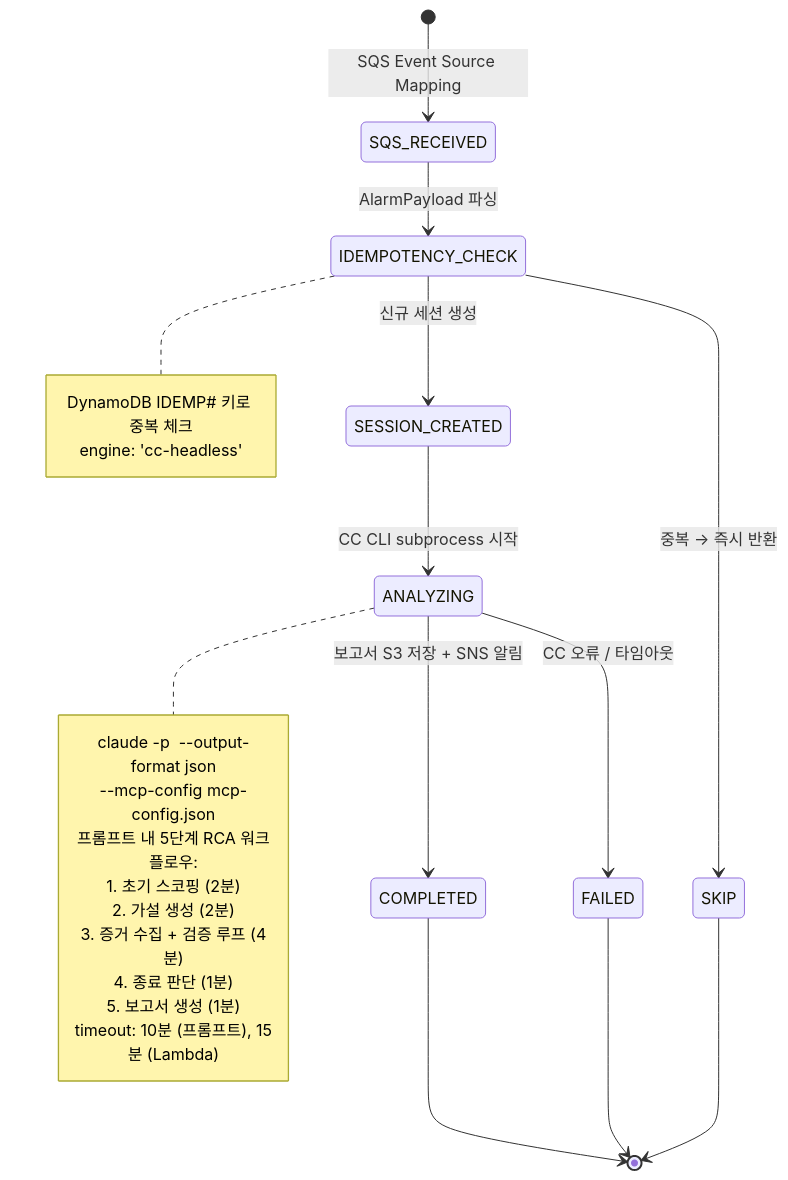
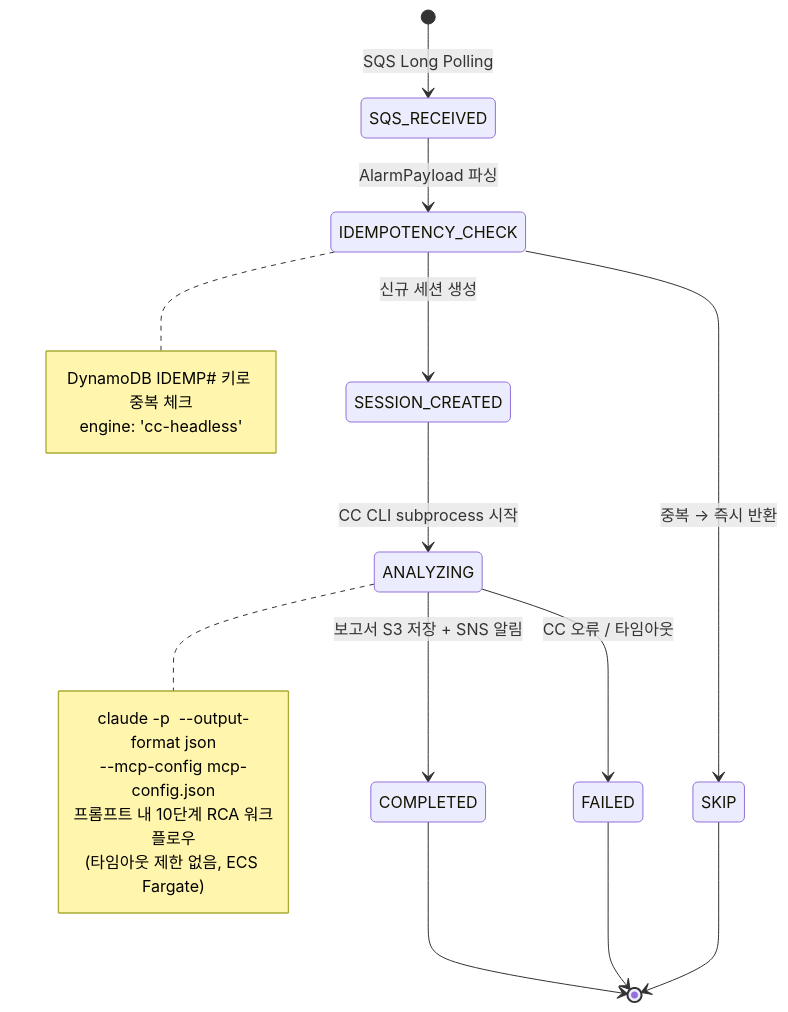
Before and after one commit to haandol/rca-agent: the third of 4 diagrams in AGENTS.md, drawn with Mermaid. The commit also changed other lines of this file and 14 other files, not shown here.

````diff
--- a/AGENTS.md
+++ b/AGENTS.md
@@ -269,33 +269,28 @@
 ```mermaid
 stateDiagram-v2
-    [*] --> SQS_RECEIVED: SQS Event Source Mapping
+    [*] --> SQS_RECEIVED: SQS Long Polling
 
     SQS_RECEIVED --> IDEMPOTENCY_CHECK: AlarmPayload 파싱
     note right of IDEMPOTENCY_CHECK
         DynamoDB IDEMP# 키로 중복 체크
         engine: 'cc-headless'
     end note
 
     IDEMPOTENCY_CHECK --> SESSION_CREATED: 신규 세션 생성
     IDEMPOTENCY_CHECK --> SKIP: 중복 → 즉시 반환
 
     SESSION_CREATED --> ANALYZING: CC CLI subprocess 시작
     note right of ANALYZING
         claude -p <prompt> --output-format json
         --mcp-config mcp-config.json
-        프롬프트 내 5단계 RCA 워크플로우:
-        1. 초기 스코핑 (2분)
-        2. 가설 생성 (2분)
-        3. 증거 수집 + 검증 루프 (4분)
-        4. 종료 판단 (1분)
-        5. 보고서 생성 (1분)
-        timeout: 10분 (프롬프트), 15분 (Lambda)
+        프롬프트 내 10단계 RCA 워크플로우
+        (타임아웃 제한 없음, ECS Fargate)
     end note
 
     ANALYZING --> COMPLETED: 보고서 S3 저장 + SNS 알림
     ANALYZING --> FAILED: CC 오류 / 타임아웃
 
     COMPLETED --> [*]
     FAILED --> [*]
     SKIP --> [*]
 ```
````
